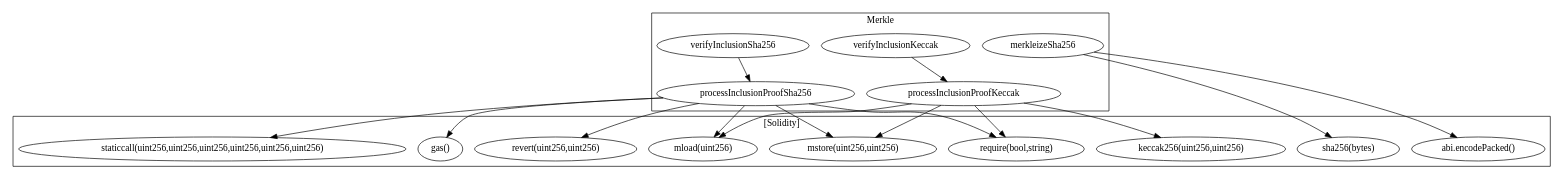
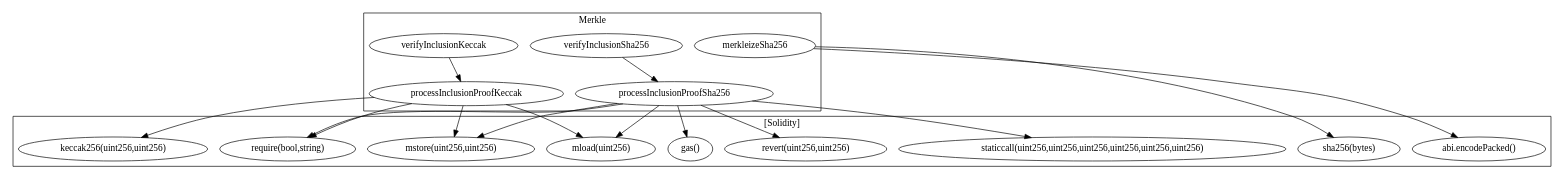
Before and after one commit to hoseadevops/Renzo-Protocol-online-test: the diagram in contracts/RestakeManager.sol.Merkle.call-graph.dot, drawn with Graphviz. The commit also changed other lines of this file and 22 other files, not shown here.

```diff
--- a/contracts/RestakeManager.sol.Merkle.call-graph.dot
+++ b/contracts/RestakeManager.sol.Merkle.call-graph.dot
@@ -1,35 +1,35 @@
 strict digraph {
 subgraph cluster_6166_Merkle {
 label = "Merkle"
+"6166_verifyInclusionSha256" [label="verifyInclusionSha256"]
 "6166_processInclusionProofSha256" [label="processInclusionProofSha256"]
+"6166_merkleizeSha256" [label="merkleizeSha256"]
 "6166_processInclusionProofKeccak" [label="processInclusionProofKeccak"]
 "6166_verifyInclusionKeccak" [label="verifyInclusionKeccak"]
-"6166_verifyInclusionSha256" [label="verifyInclusionSha256"]
-"6166_merkleizeSha256" [label="merkleizeSha256"]
 "6166_verifyInclusionSha256" -> "6166_processInclusionProofSha256"
 "6166_verifyInclusionKeccak" -> "6166_processInclusionProofKeccak"
 }subgraph cluster_solidity {
 label = "[Solidity]"
-"mload(uint256)" 
-"gas()" 
 "sha256(bytes)" 
 "abi.encodePacked()" 
+"keccak256(uint256,uint256)" 
 "require(bool,string)" 
-"keccak256(uint256,uint256)" 
+"staticcall(uint256,uint256,uint256,uint256,uint256,uint256)" 
 "mstore(uint256,uint256)" 
+"mload(uint256)" 
 "revert(uint256,uint256)" 
-"staticcall(uint256,uint256,uint256,uint256,uint256,uint256)" 
+"gas()" 
+"6166_processInclusionProofKeccak" -> "keccak256(uint256,uint256)"
+"6166_processInclusionProofSha256" -> "mload(uint256)"
+"6166_processInclusionProofSha256" -> "revert(uint256,uint256)"
+"6166_processInclusionProofSha256" -> "staticcall(uint256,uint256,uint256,uint256,uint256,uint256)"
+"6166_processInclusionProofSha256" -> "require(bool,string)"
+"6166_processInclusionProofSha256" -> "gas()"
+"6166_merkleizeSha256" -> "abi.encodePacked()"
+"6166_merkleizeSha256" -> "sha256(bytes)"
+"6166_processInclusionProofSha256" -> "mstore(uint256,uint256)"
 "6166_processInclusionProofKeccak" -> "require(bool,string)"
-"6166_merkleizeSha256" -> "sha256(bytes)"
-"6166_processInclusionProofKeccak" -> "keccak256(uint256,uint256)"
-"6166_processInclusionProofSha256" -> "gas()"
-"6166_processInclusionProofSha256" -> "revert(uint256,uint256)"
+"6166_processInclusionProofKeccak" -> "mload(uint256)"
 "6166_processInclusionProofKeccak" -> "mstore(uint256,uint256)"
-"6166_processInclusionProofSha256" -> "mstore(uint256,uint256)"
-"6166_processInclusionProofSha256" -> "staticcall(uint256,uint256,uint256,uint256,uint256,uint256)"
-"6166_merkleizeSha256" -> "abi.encodePacked()"
-"6166_processInclusionProofKeccak" -> "mload(uint256)"
-"6166_processInclusionProofSha256" -> "mload(uint256)"
-"6166_processInclusionProofSha256" -> "require(bool,string)"
 }
 }
```
